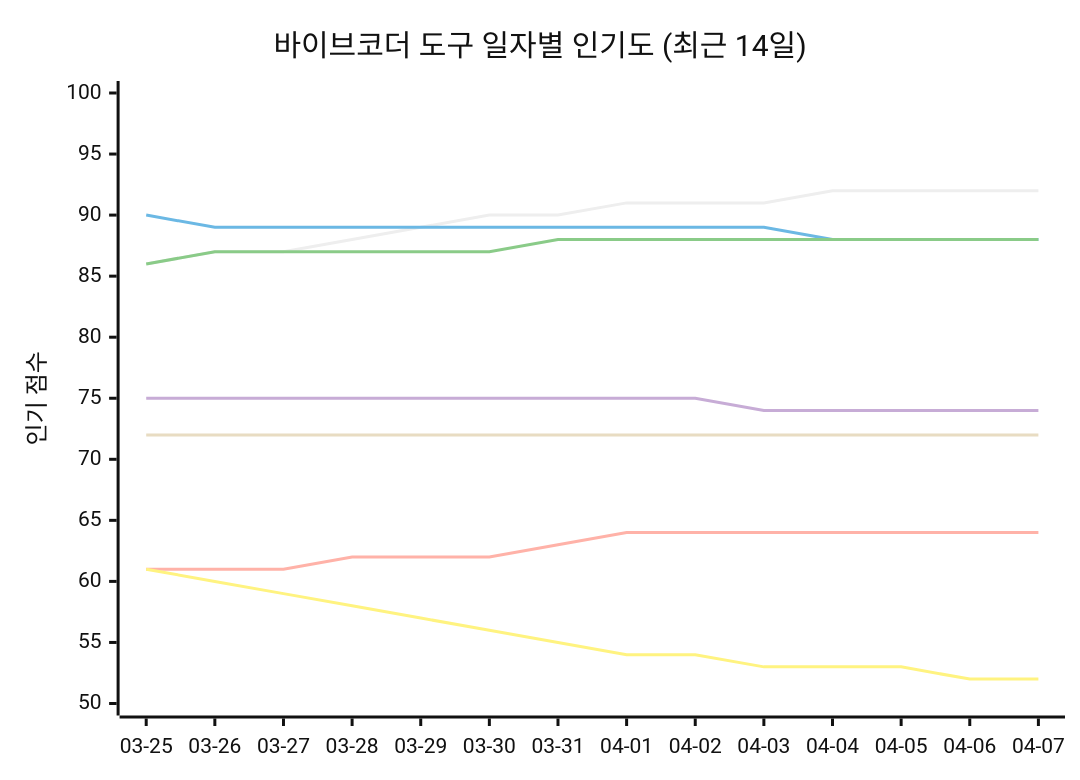
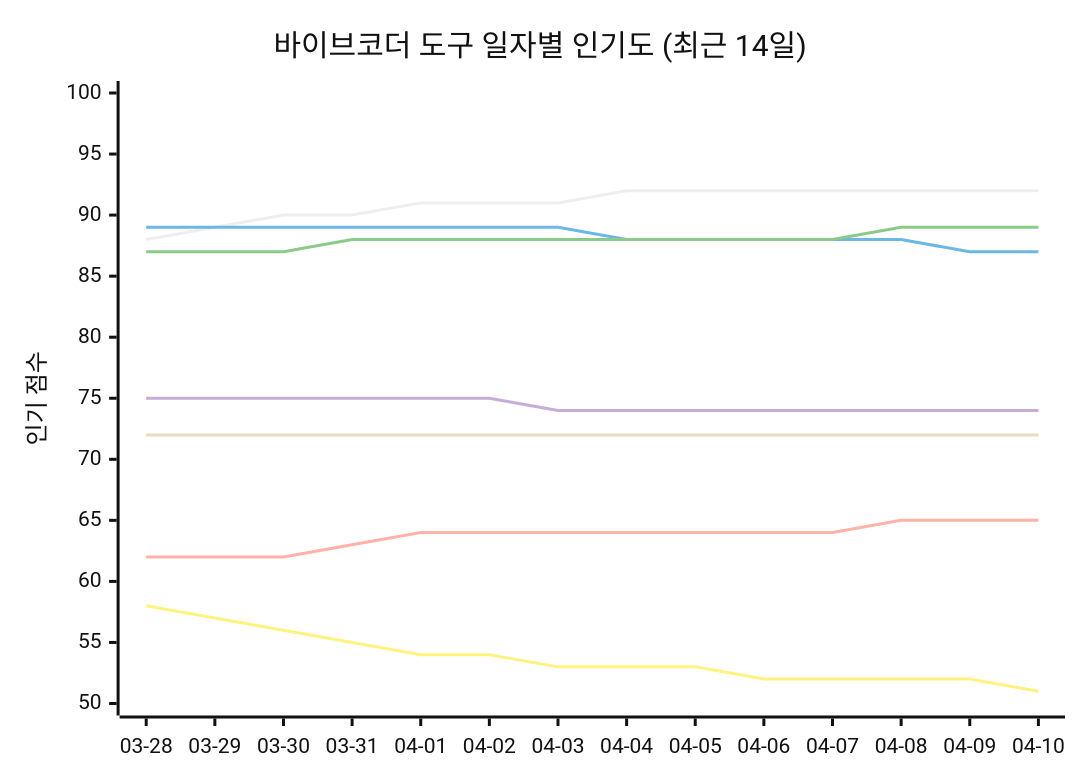
The seventh of 11 diagrams in README_ko.md (Lazere4385/ai-whatchelin), drawn with Mermaid (neutral theme) before and after one commit. The commit also changed other lines of this file and 2 other files, not shown here.

````diff
--- a/README_ko.md
+++ b/README_ko.md
@@ -519,13 +535,13 @@
 ```mermaid
 xychart-beta
     title "바이브코더 도구 일자별 인기도 (최근 14일)"
-    x-axis ["03-25", "03-26", "03-27", "03-28", "03-29", "03-30", "03-31", "04-01", "04-02", "04-03", "04-04", "04-05", "04-06", "04-07"]
+    x-axis ["03-28", "03-29", "03-30", "03-31", "04-01", "04-02", "04-03", "04-04", "04-05", "04-06", "04-07", "04-08", "04-09", "04-10"]
     y-axis "인기 점수" 50 --> 100
-    line "Claude Code" [86, 87, 87, 88, 89, 90, 90, 91, 91, 91, 92, 92, 92, 92]
-    line "GH Copilot" [90, 89, 89, 89, 89, 89, 89, 89, 89, 89, 88, 88, 88, 88]
-    line "Cursor" [86, 87, 87, 87, 87, 87, 88, 88, 88, 88, 88, 88, 88, 88]
-    line "Windsurf" [75, 75, 75, 75, 75, 75, 75, 75, 75, 74, 74, 74, 74, 74]
+    line "Claude Code" [88, 89, 90, 90, 91, 91, 91, 92, 92, 92, 92, 92, 92, 92]
+    line "GH Copilot" [89, 89, 89, 89, 89, 89, 89, 88, 88, 88, 88, 88, 87, 87]
+    line "Cursor" [87, 87, 87, 88, 88, 88, 88, 88, 88, 88, 88, 89, 89, 89]
+    line "Windsurf" [75, 75, 75, 75, 75, 75, 74, 74, 74, 74, 74, 74, 74, 74]
     line "Codex CLI" [72, 72, 72, 72, 72, 72, 72, 72, 72, 72, 72, 72, 72, 72]
-    line "Gemini CLI" [61, 61, 61, 62, 62, 62, 63, 64, 64, 64, 64, 64, 64, 64]
-    line "Antigravity" [61, 60, 59, 58, 57, 56, 55, 54, 54, 53, 53, 53, 52, 52]
+    line "Gemini CLI" [62, 62, 62, 63, 64, 64, 64, 64, 64, 64, 64, 65, 65, 65]
+    line "Antigravity" [58, 57, 56, 55, 54, 54, 53, 53, 53, 52, 52, 52, 52, 51]
 ```
````
